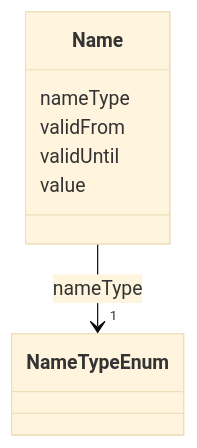
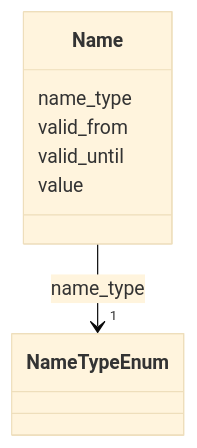
The diagram in ech-0294_actors/output/docs/Name.md (swiss/political-affairs-ech-group), drawn with Mermaid (base theme) before and after one commit. The commit also changed other lines of this file and 36 other files, not shown here.

````diff
--- a/ech-0294_actors/output/docs/Name.md
+++ b/ech-0294_actors/output/docs/Name.md
@@ -13,23 +13,23 @@
 ```mermaid
  classDiagram
     class Name
     click Name href "../Name/"
-      Name : nameType
+      Name : name_type
         
           
     
         
         
-        Name --> "1" NameTypeEnum : nameType
+        Name --> "1" NameTypeEnum : name_type
         click NameTypeEnum href "../NameTypeEnum/"
     
 
         
-      Name : validFrom
+      Name : valid_from
         
-      Name : validUntil
+      Name : valid_until
         
       Name : value
         
       
 ```
````
